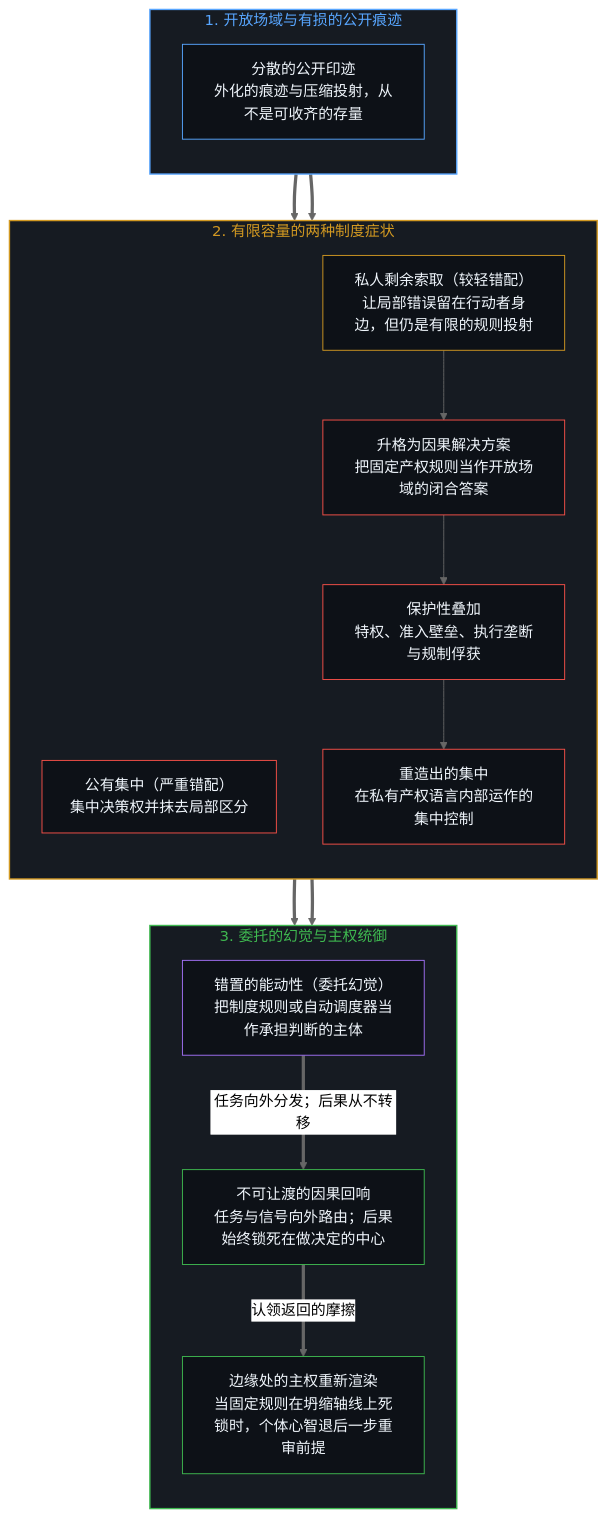
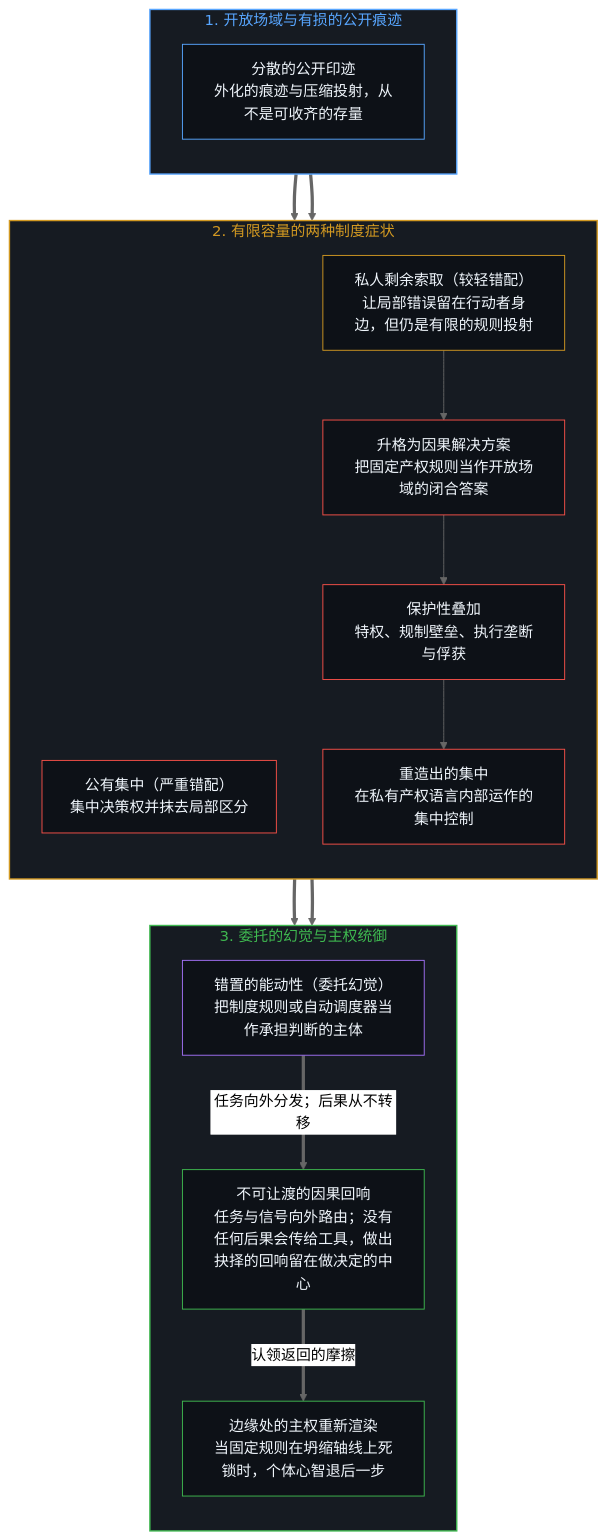
The first of 2 diagrams in content/posts/the-knowledge-problem-and-the-illusion-of-delegation.md (powerpig99/not-a-toe), drawn with Mermaid (neutral theme) before and after one commit. The commit also changed other lines of this file and 13 other files, not shown here.

````diff
--- a/content/posts/the-knowledge-problem-and-the-illusion-of-delegation.md
+++ b/content/posts/the-knowledge-problem-and-the-illusion-of-delegation.md
@@ -75,44 +75,40 @@
 ```mermaid
 flowchart TD
     subgraph S_Field["1. 开放场域与有损的公开痕迹"]
         direction TB
         K["分散的公开印迹<br/>外化的痕迹与压缩投射，从不是可收齐的存量"]
     end
-
     subgraph S_Sym["2. 有限容量的两种制度症状"]
         direction TB
         P1["公有集中（严重错配）<br/>集中决策权并抹去局部区分"]
         P2["私人剩余索取（较轻错配）<br/>让局部错误留在行动者身边，但仍是有限的规则投射"]
         E["升格为因果解决方案<br/>把固定产权规则当作开放场域的闭合答案"]
-        O["保护性叠加<br/>特权、准入壁垒、执行垄断与规制俘获"]
+        O["保护性叠加<br/>特权、规制壁垒、执行垄断与俘获"]
         C["重造出的集中<br/>在私有产权语言内部运作的集中控制"]
         P2 --> E --> O --> C
     end
-
     subgraph S_Del["3. 委托的幻觉与主权统御"]
         direction TB
         D["错置的能动性（委托幻觉）<br/>把制度规则或自动调度器当作承担判断的主体"]
-        I["不可让渡的因果回响<br/>任务与信号向外路由；后果始终锁死在做决定的中心"]
-        S["边缘处的主权重新渲染<br/>当固定规则在坍缩轴线上死锁时，个体心智退后一步重审前提"]
+        I["不可让渡的因果回响<br/>任务与信号向外路由；没有任何后果会传给工具，做出抉择的回响留在做决定的中心"]
+        S["边缘处的主权重新渲染<br/>当固定规则在坍缩轴线上死锁时，个体心智退后一步"]
         D ==>|"任务向外分发；后果从不转移"| I
         I ==>|"认领返回的摩擦"| S
     end
-
     K ==> P1
     K ==> P2
     P1 ==> D
     C ==> D
-
     style S_Field fill:#161b22,stroke:#58a6ff,stroke-width:1.5px,color:#58a6ff
     style S_Sym fill:#161b22,stroke:#d29922,stroke-width:1.5px,color:#d29922
     style S_Del fill:#161b22,stroke:#3fb950,stroke-width:1.5px,color:#3fb950
     style K fill:#0d1117,stroke:#58a6ff,stroke-width:1px,color:#f0f6fc
     style P1 fill:#0d1117,stroke:#f85149,stroke-width:1px,color:#f0f6fc
     style P2 fill:#0d1117,stroke:#d29922,stroke-width:1px,color:#f0f6fc
     style E fill:#0d1117,stroke:#f85149,stroke-width:1px,color:#f0f6fc
     style O fill:#0d1117,stroke:#f85149,stroke-width:1px,color:#f0f6fc
     style C fill:#0d1117,stroke:#f85149,stroke-width:1px,color:#f0f6fc
     style D fill:#0d1117,stroke:#a371f7,stroke-width:1px,color:#f0f6fc
     style I fill:#0d1117,stroke:#3fb950,stroke-width:1px,color:#f0f6fc
     style S fill:#0d1117,stroke:#3fb950,stroke-width:1px,color:#f0f6fc
 ```
````
